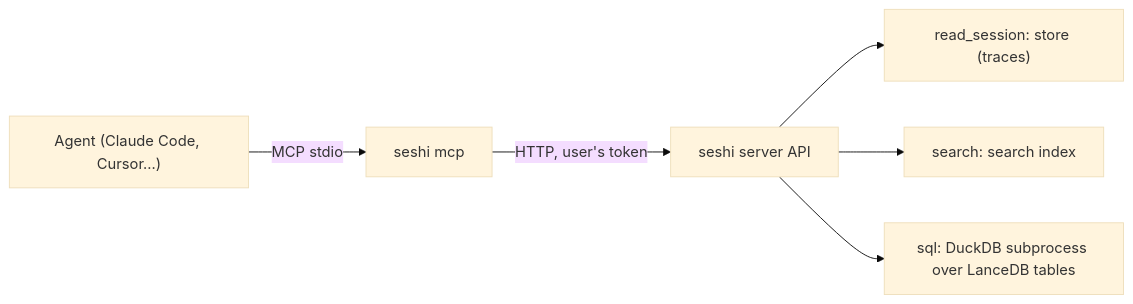
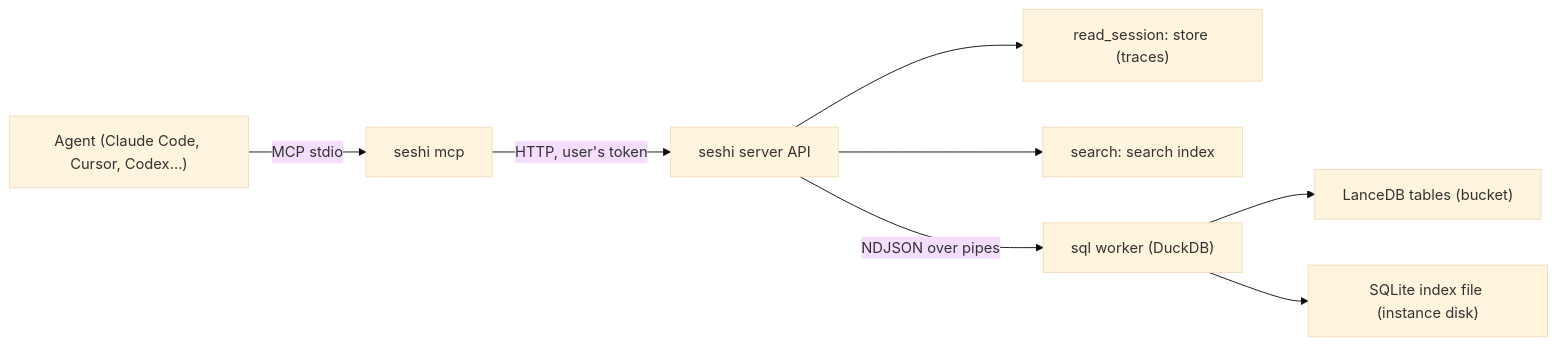
One commit to dosu-ai/seshi changed the diagram in docs/seshi/session-tools.md. Above: the diagram before and after it, drawn with Mermaid (base theme). The commit also changed other lines of this file, not shown here.

First line of the commit message:
docs: plan sql and seshi mcp over session data

````diff
--- a/docs/seshi/session-tools.md
+++ b/docs/seshi/session-tools.md
@@ -41,8 +49,10 @@
 ```mermaid
 flowchart LR
-    A["Agent (Claude Code, Cursor…)"] -->|MCP stdio| M["seshi mcp"]
+    A["Agent (Claude Code, Cursor, Codex…)"] -->|MCP stdio| M["seshi mcp"]
     M -->|HTTP, user's token| API["seshi server API"]
     API --> RS["read_session: store (traces)"]
     API --> S["search: search index"]
-    API --> Q["sql: DuckDB subprocess over LanceDB tables"]
+    API -->|NDJSON over pipes| W["sql worker (DuckDB)"]
+    W --> L["LanceDB tables (bucket)"]
+    W --> Q["SQLite index file (instance disk)"]
 ```
````
